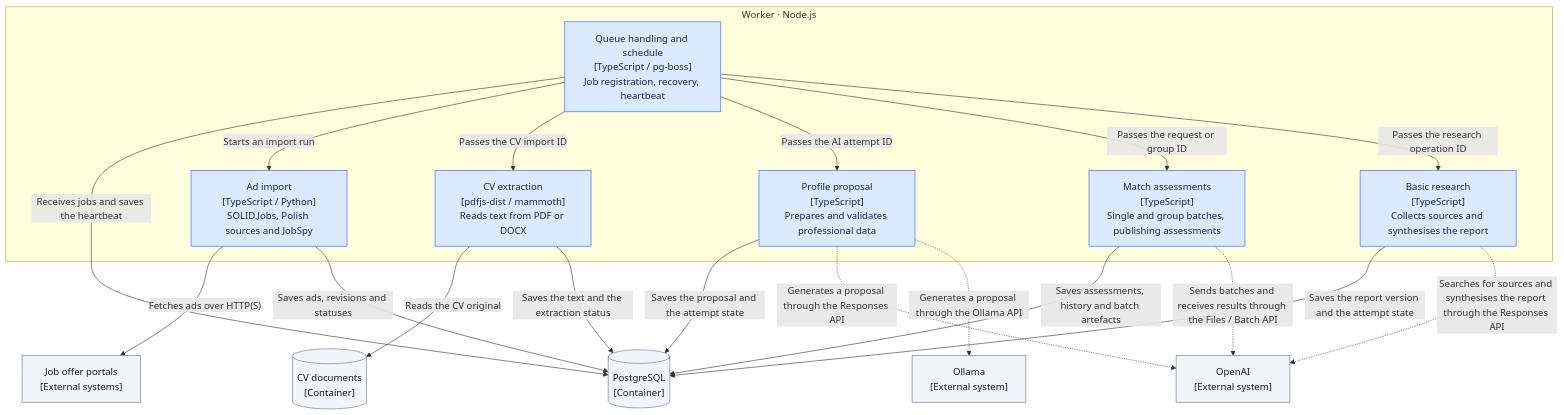
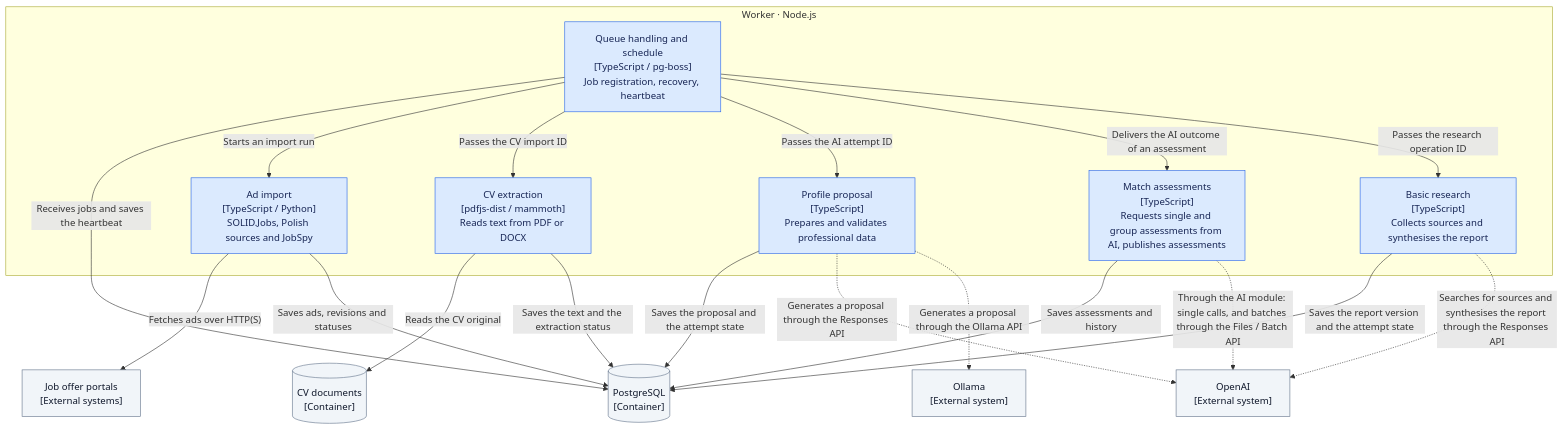
The fourth of 5 diagrams in docs/architecture/README.md (pioziol123/ofertorix-rekrutus), drawn with Mermaid before and after one commit. The commit also changed other lines of this file and 15 other files, not shown here.

Commit message:
oferty-pracy-0mq.21: Record the assumptions in the code, describe batches in the AI and Matching modules, run every job in the test queue

````diff
--- a/docs/architecture/README.md
+++ b/docs/architecture/README.md
@@ -127,40 +127,40 @@
 ```mermaid
 flowchart TB
   DB[("PostgreSQL<br/>[Container]")]
   Files[("CV documents<br/>[Container]")]
   Boards["Job offer portals<br/>[External systems]"]
   OpenAI["OpenAI<br/>[External system]"]
   Ollama["Ollama<br/>[External system]"]
 
   subgraph Worker["Worker · Node.js"]
     Runtime["Queue handling and schedule<br/>[TypeScript / pg-boss]<br/>Job registration, recovery, heartbeat"]
     Import["Ad import<br/>[TypeScript / Python]<br/>SOLID.Jobs, Polish sources and JobSpy"]
     Parse["CV extraction<br/>[pdfjs-dist / mammoth]<br/>Reads text from PDF or DOCX"]
     Profile["Profile proposal<br/>[TypeScript]<br/>Prepares and validates professional data"]
-    Matching["Match assessments<br/>[TypeScript]<br/>Single and group batches, publishing assessments"]
+    Matching["Match assessments<br/>[TypeScript]<br/>Requests single and group assessments from AI, publishes assessments"]
     Research["Basic research<br/>[TypeScript]<br/>Collects sources and synthesises the report"]
   end
 
   Runtime -->|"Receives jobs and saves the heartbeat"| DB
   Runtime -->|"Starts an import run"| Import
   Runtime -->|"Passes the CV import ID"| Parse
   Runtime -->|"Passes the AI attempt ID"| Profile
-  Runtime -->|"Passes the request or group ID"| Matching
+  Runtime -->|"Delivers the AI outcome of an assessment"| Matching
   Runtime -->|"Passes the research operation ID"| Research
   Import -->|"Fetches ads over HTTP(S)"| Boards
   Import -->|"Saves ads, revisions and statuses"| DB
   Parse -->|"Reads the CV original"| Files
   Parse -->|"Saves the text and the extraction status"| DB
   Profile -->|"Saves the proposal and the attempt state"| DB
-  Matching -->|"Saves assessments, history and batch artefacts"| DB
+  Matching -->|"Saves assessments and history"| DB
   Research -->|"Saves the report version and the attempt state"| DB
   Profile -.->|"Generates a proposal through the Responses API"| OpenAI
   Profile -.->|"Generates a proposal through the Ollama API"| Ollama
-  Matching -.->|"Sends batches and receives results through the Files / Batch API"| OpenAI
+  Matching -.->|"Through the AI module: single calls, and batches through the Files / Batch API"| OpenAI
   Research -.->|"Searches for sources and synthesises the report through the Responses API"| OpenAI
 
   classDef internal fill:#dbeafe,stroke:#2563eb,color:#172554
   classDef external fill:#f1f5f9,stroke:#64748b,color:#0f172a
   class Runtime,Import,Parse,Profile,Matching,Research internal
   class DB,Files,Boards,OpenAI,Ollama external
 ```
````
